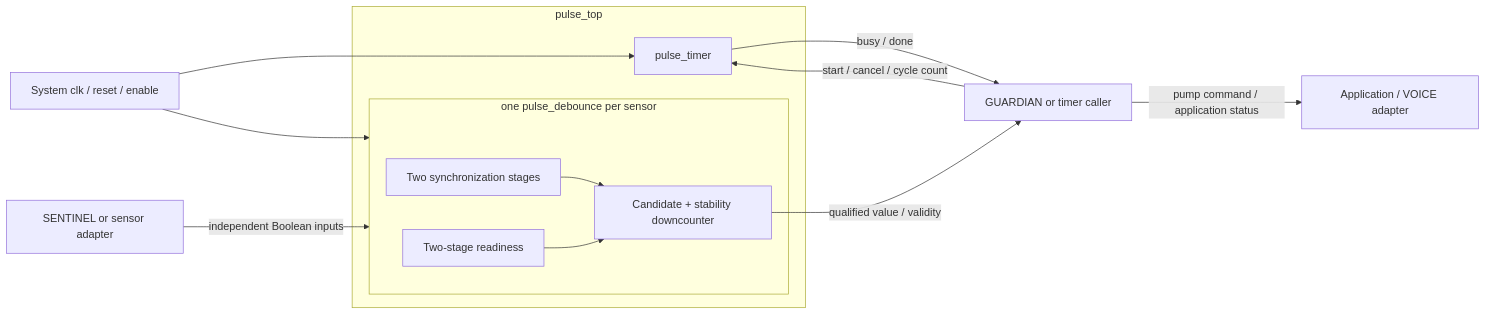
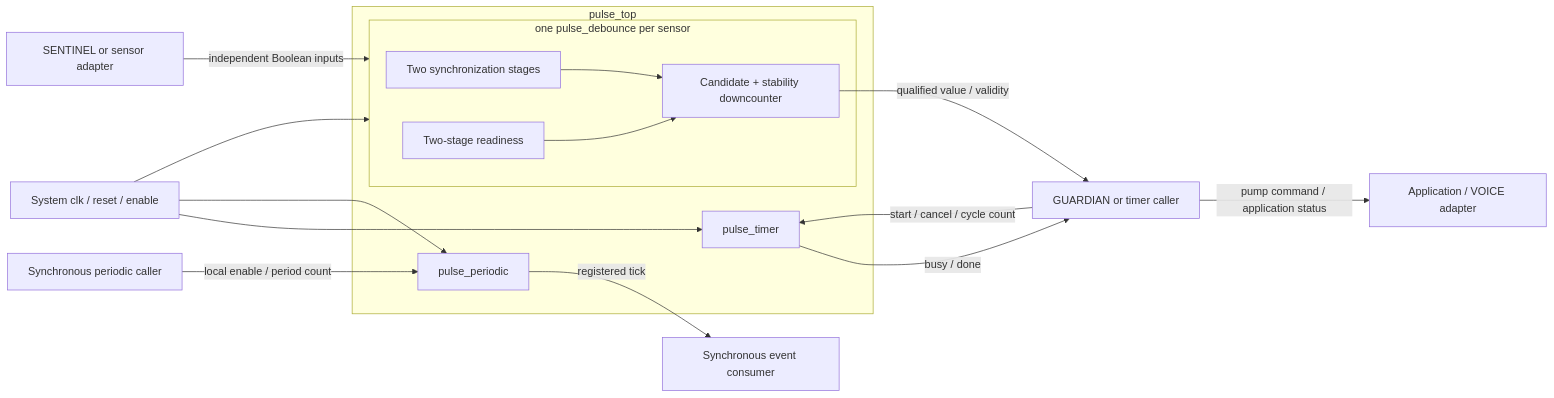
One commit to willy264/pulse_clock changed the diagram in docs/PULSE_ARCHITECTURE.md. Above: the diagram before and after it, drawn with Mermaid. The commit also changed other lines of this file and 26 other files, not shown here.

````diff
--- a/docs/PULSE_ARCHITECTURE.md
+++ b/docs/PULSE_ARCHITECTURE.md
@@ -24,17 +25,21 @@
 ```mermaid
 flowchart LR
     CLK[System clk / reset / enable] --> T
     CLK --> D
+    CLK --> O
     G[GUARDIAN or timer caller] -->|start / cancel / cycle count| T[pulse_timer]
     T -->|busy / done| G
     S[SENTINEL or sensor adapter] -->|independent Boolean inputs| D
+    C[Synchronous periodic caller] -->|local enable / period count| O[pulse_periodic]
+    O -->|registered tick| E[Synchronous event consumer]
     subgraph P[pulse_top]
         T
+        O
         subgraph D[one pulse_debounce per sensor]
             SY[Two synchronization stages] --> Q[Candidate + stability downcounter]
             R[Two-stage readiness] --> Q
         end
     end
     Q -->|qualified value / validity| G
     G -->|pump command / application status| APP[Application / VOICE adapter]
 ```
````
